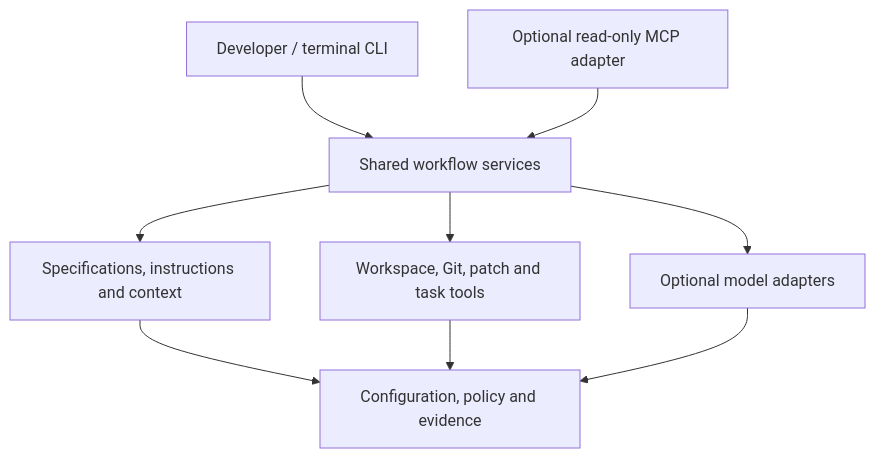
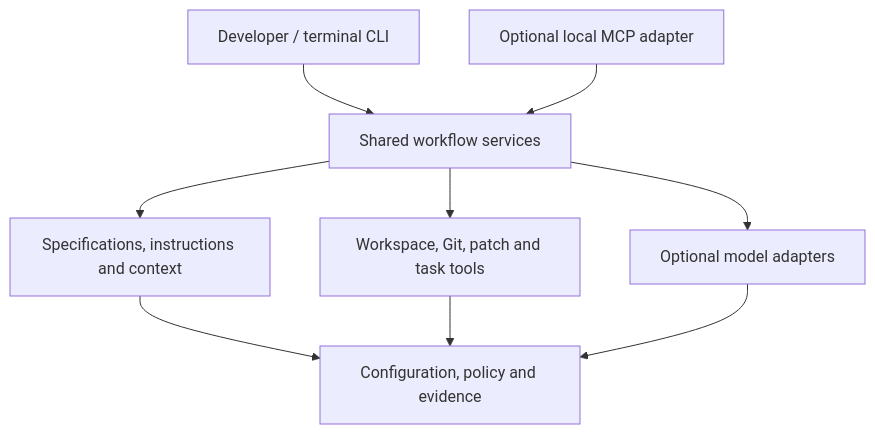
The diagram in docs/architecture.md (aenns/portable-ai-harness), drawn with Mermaid before and after one commit. The commit also changed other lines of this file and 5 other files, not shown here.

````diff
--- a/docs/architecture.md
+++ b/docs/architecture.md
@@ -16,11 +16,11 @@
 ```mermaid
 flowchart TD
     CLI["Developer / terminal CLI"] --> WF["Shared workflow services"]
-    MCP["Optional read-only MCP adapter"] --> WF
+    MCP["Optional local MCP adapter"] --> WF
     WF --> CTX["Specifications, instructions and context"]
     WF --> TOOLS["Workspace, Git, patch and task tools"]
     WF --> MODELS["Optional model adapters"]
     CTX --> POLICY["Configuration, policy and evidence"]
     TOOLS --> POLICY
     MODELS --> POLICY
 ```
````
